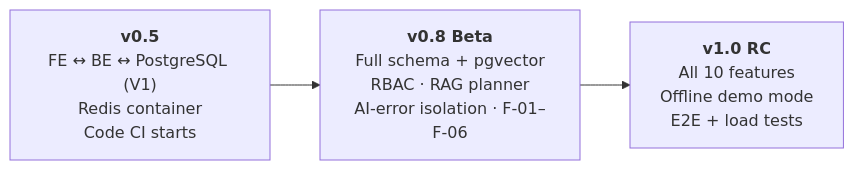
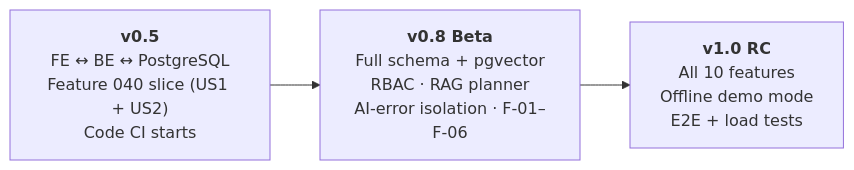
Before and after one commit to ThanhDu14/WikiCook: the fifth of 6 diagrams in docs/management/project-plan.md, drawn with Mermaid. The commit also changed other lines of this file and 1 other file, not shown here.

````diff
--- a/docs/management/project-plan.md
+++ b/docs/management/project-plan.md
@@ -531,5 +567,5 @@
 ```mermaid
 flowchart LR
-    B05["<b>v0.5</b><br/>FE ↔ BE ↔ PostgreSQL (V1)<br/>Redis container<br/>Code CI starts"] --> B08["<b>v0.8 Beta</b><br/>Full schema + pgvector<br/>RBAC · RAG planner<br/>AI-error isolation · F-01–F-06"]
+    B05["<b>v0.5</b><br/>FE ↔ BE ↔ PostgreSQL<br/>Feature 040 slice (US1 + US2)<br/>Code CI starts"] --> B08["<b>v0.8 Beta</b><br/>Full schema + pgvector<br/>RBAC · RAG planner<br/>AI-error isolation · F-01–F-06"]
     B08 --> B10["<b>v1.0 RC</b><br/>All 10 features<br/>Offline demo mode<br/>E2E + load tests"]
 ```
````
